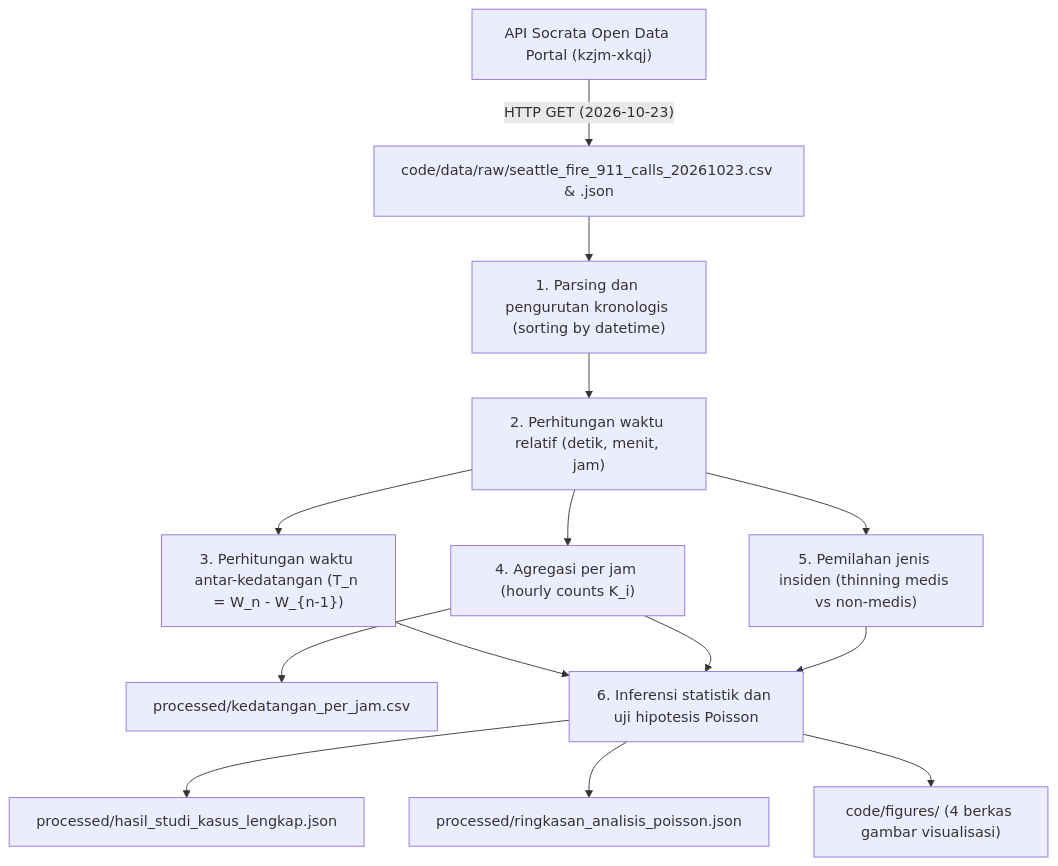
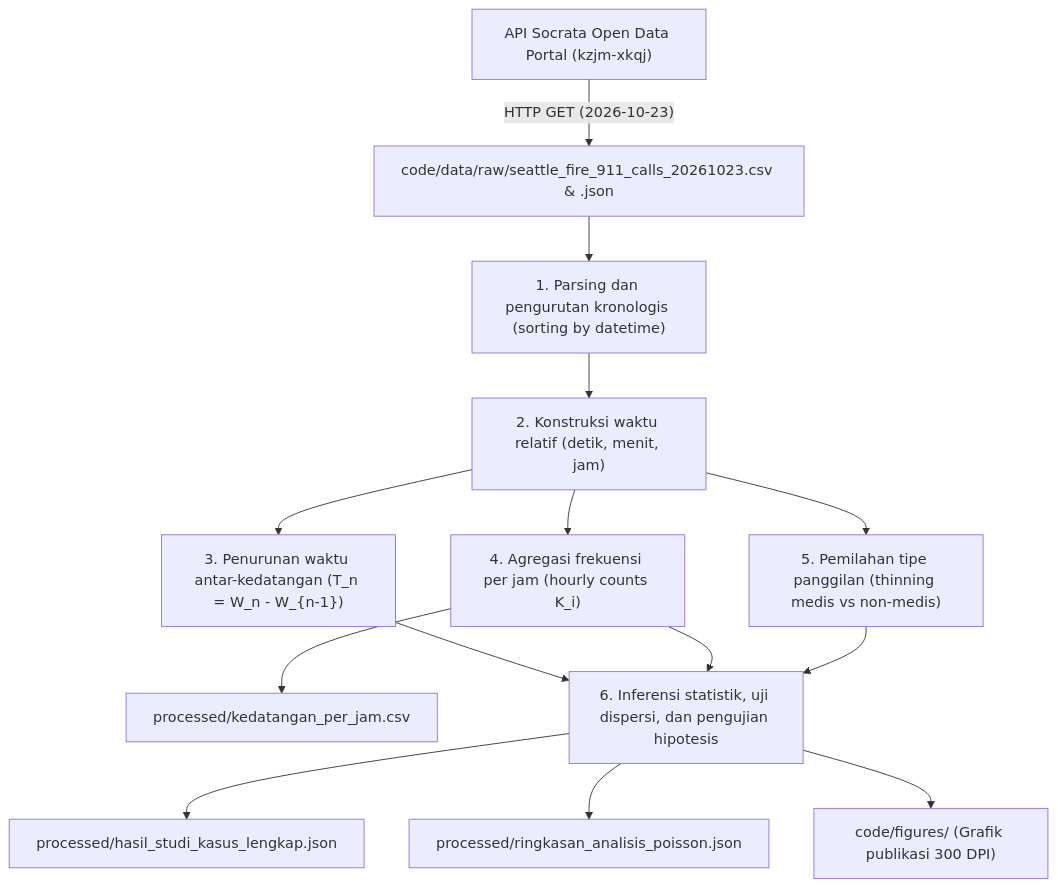
The diagram in data/README.md (ramadhan-imanur/seattle-911-poisson-process), drawn with Mermaid before and after one commit. The commit also changed other lines of this file and 9 other files, not shown here.

````diff
--- a/data/README.md
+++ b/data/README.md
@@ -105,14 +103,14 @@
 ```mermaid
 flowchart TD
     A["API Socrata Open Data Portal (kzjm-xkqj)"] -->|"HTTP GET (2026-10-23)"| B["code/data/raw/seattle_fire_911_calls_20261023.csv & .json"]
     B --> C["1. Parsing dan pengurutan kronologis (sorting by datetime)"]
-    C --> D["2. Perhitungan waktu relatif (detik, menit, jam)"]
-    D --> E["3. Perhitungan waktu antar-kedatangan (T_n = W_n - W_{n-1})"]
-    D --> F["4. Agregasi per jam (hourly counts K_i)"]
-    D --> G["5. Pemilahan jenis insiden (thinning medis vs non-medis)"]
+    C --> D["2. Konstruksi waktu relatif (detik, menit, jam)"]
+    D --> E["3. Penurunan waktu antar-kedatangan (T_n = W_n - W_{n-1})"]
+    D --> F["4. Agregasi frekuensi per jam (hourly counts K_i)"]
+    D --> G["5. Pemilahan tipe panggilan (thinning medis vs non-medis)"]
     F --> H["processed/kedatangan_per_jam.csv"]
-    E & F & G --> I["6. Inferensi statistik dan uji hipotesis Poisson"]
+    E & F & G --> I["6. Inferensi statistik, uji dispersi, dan pengujian hipotesis"]
     I --> J["processed/hasil_studi_kasus_lengkap.json"]
     I --> K["processed/ringkasan_analisis_poisson.json"]
-    I --> L["code/figures/ (4 berkas gambar visualisasi)"]
+    I --> L["code/figures/ (Grafik publikasi 300 DPI)"]
 ```
````
